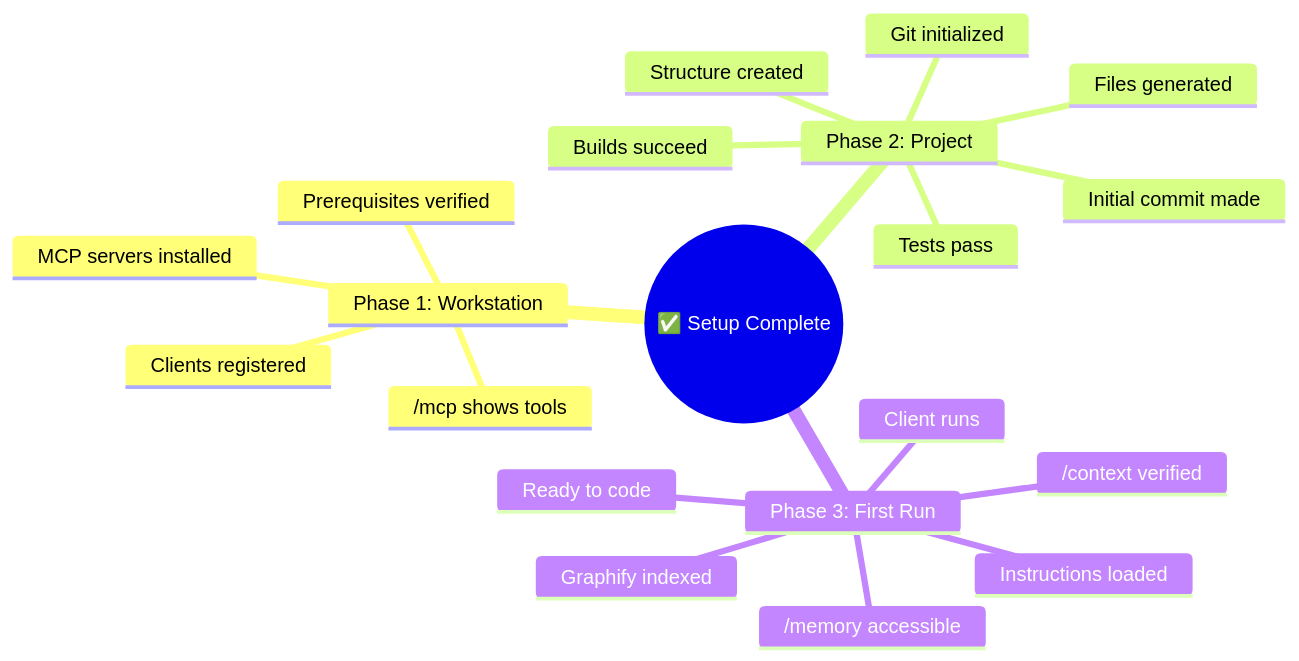
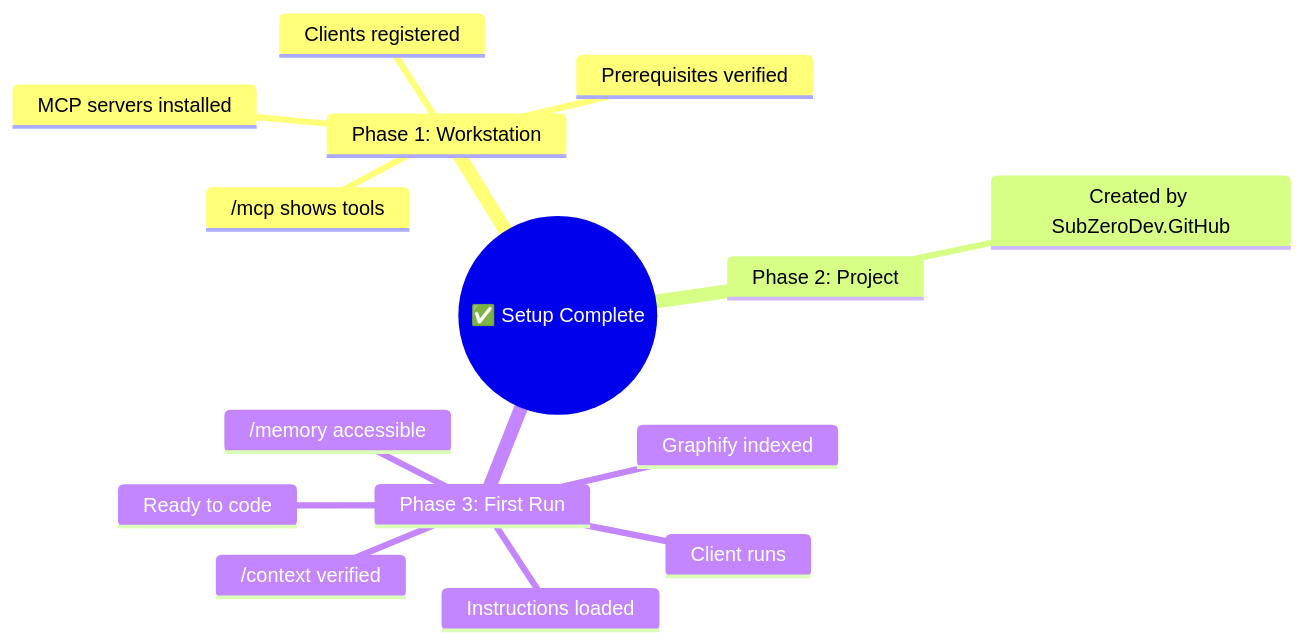
Before and after one commit to The-Running-Dev/SubZeroDev.Workspace: the ninth of 9 diagrams in setup-llm/docs/architecture/setup-flowcharts.md, drawn with Mermaid. The commit also changed other lines of this file and 56 other files, not shown here.

First line of the commit message:
Move project scaffolding to SubZeroDev.GitHub (#53)

````diff
--- a/setup-llm/docs/architecture/setup-flowcharts.md
+++ b/setup-llm/docs/architecture/setup-flowcharts.md
@@ -477,23 +342,18 @@
 ```mermaid
 mindmap
   root((✅ Setup Complete))
     Phase 1: Workstation
       Prerequisites verified
       MCP servers installed
       Clients registered
       /mcp shows tools
     Phase 2: Project
-      Structure created
-      Files generated
-      Git initialized
-      Builds succeed
-      Tests pass
-      Initial commit made
+      Created by SubZeroDev.GitHub
     Phase 3: First Run
       Instructions loaded
       /context verified
       /memory accessible
       Client runs
       Graphify indexed
       Ready to code
 ```
````
